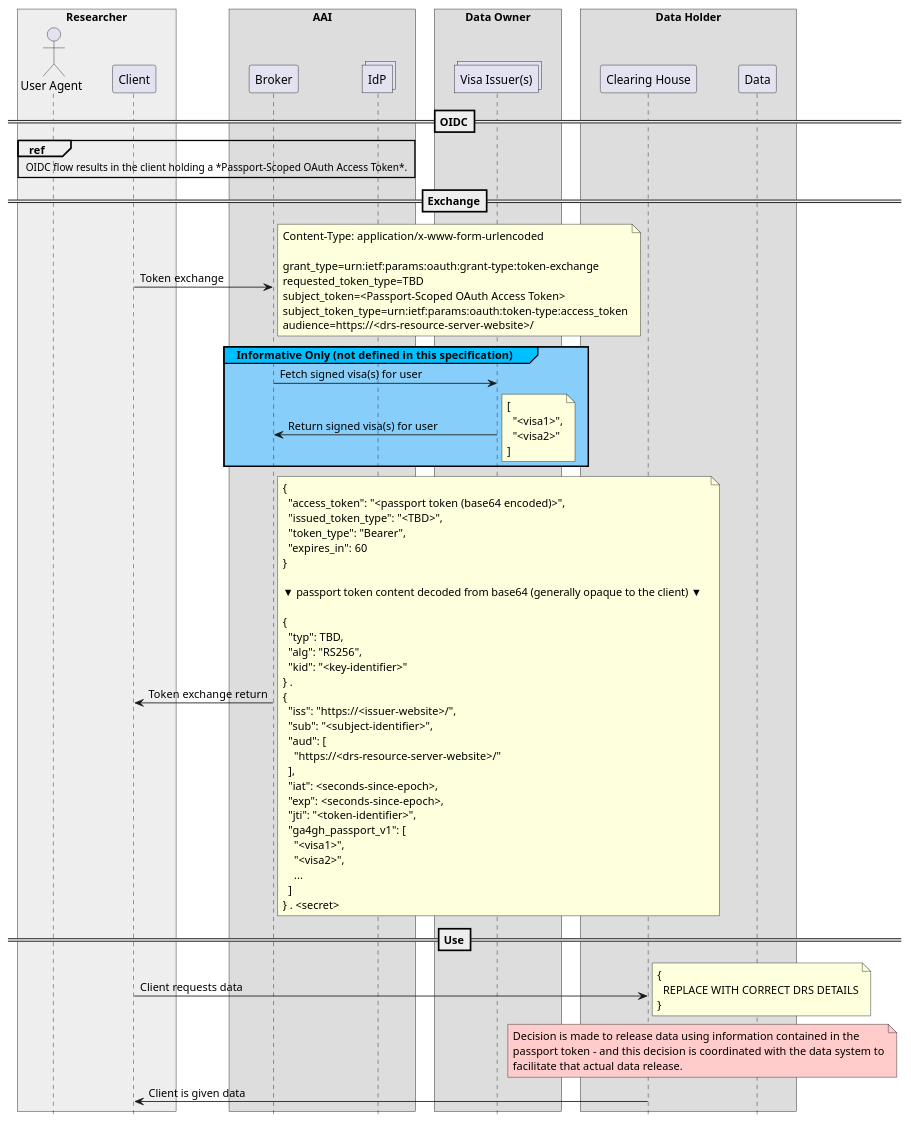
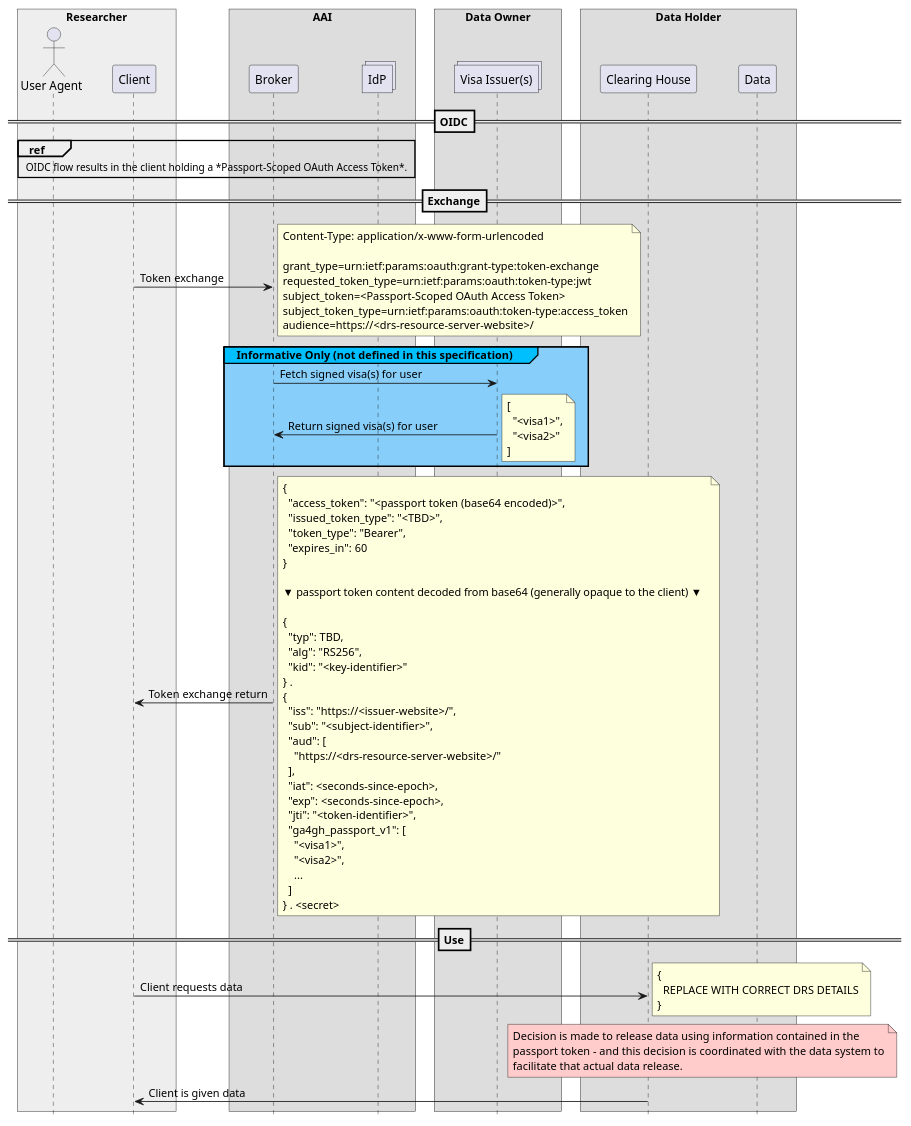
The fourth of 4 diagrams in AAI/AAIConnectProfile.md (ga4gh/data-security), drawn with PlantUML before and after one commit. The commit also changed other lines of this file, not shown here.

Commit message:
Tightened wording in sequence diagrams

```diff
--- a/AAI/AAIConnectProfile.md
+++ b/AAI/AAIConnectProfile.md
@@ -1059,7 +1059,7 @@
 
 box "Data Holder"
 participant "Clearing House"            as clearing
-participant "Data"            as data
+participant "Data"                      as data
 end box
 
 ==OIDC==
@@ -1075,7 +1075,7 @@
 Content-Type: application/x-www-form-urlencoded
 
 grant_type=urn:ietf:params:oauth:grant-type:token-exchange
-requested_token_type=TBD
+requested_token_type=urn:ietf:params:oauth:token-type:jwt
 subject_token=<Passport-Scoped OAuth Access Token>
 subject_token_type=urn:ietf:params:oauth:token-type:access_token
 audience=https://<drs-resource-server-website>/
```
